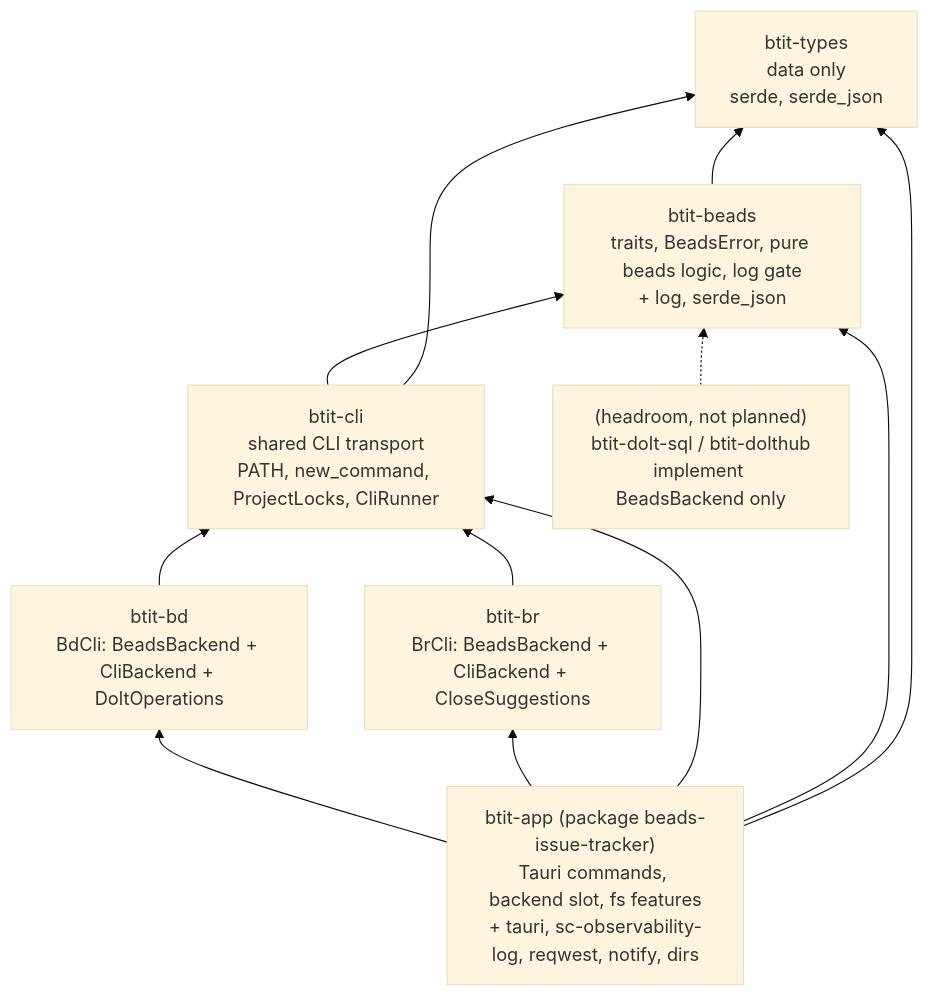
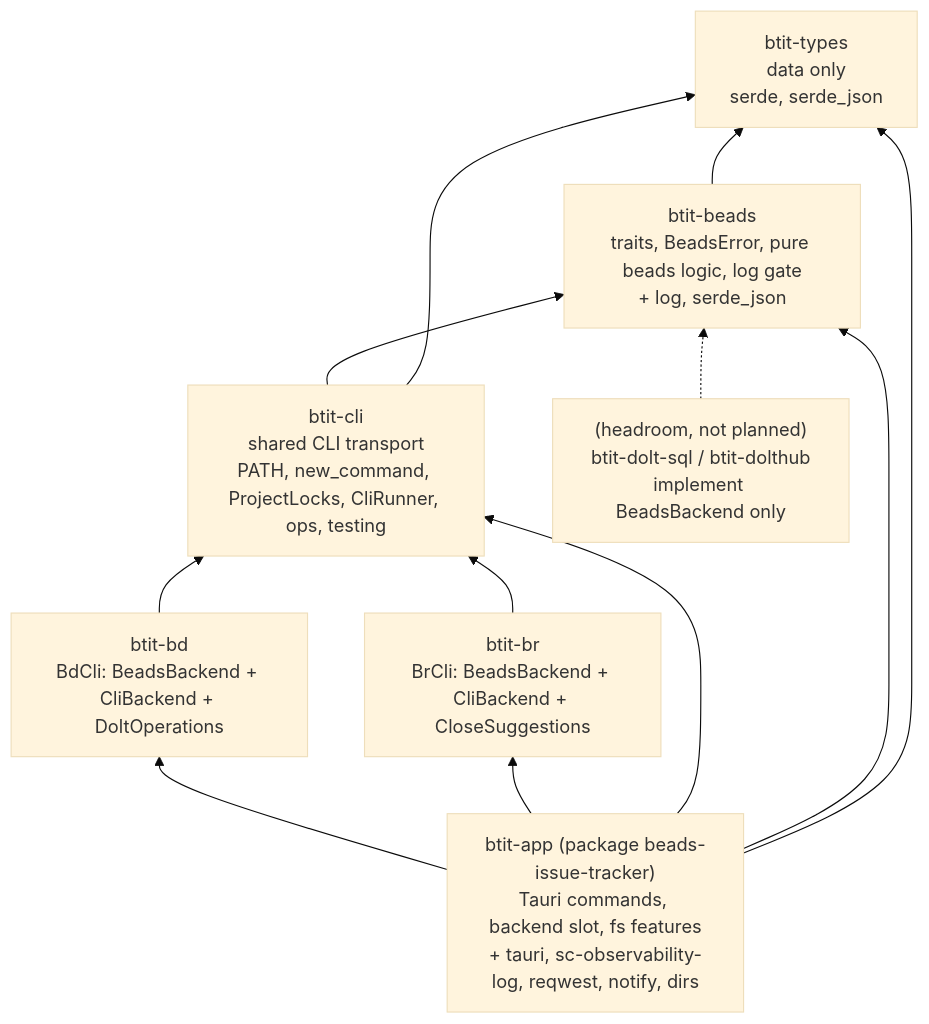
The first of 2 diagrams in docs/plans/phase-b/plan-phase-b.md (randlee/beads-task-issue-tracker), drawn with Mermaid (base theme) before and after one commit. The commit also changed other lines of this file and 12 other files, not shown here.

````diff
--- a/docs/plans/phase-b/plan-phase-b.md
+++ b/docs/plans/phase-b/plan-phase-b.md
@@ -106,20 +106,20 @@
 ```mermaid
 flowchart BT
   types["btit-types<br/>data only<br/>serde, serde_json"]
   beads["btit-beads<br/>traits, BeadsError, pure beads logic, log gate<br/>+ log, serde_json"]
-  cli["btit-cli<br/>shared CLI transport<br/>PATH, new_command, ProjectLocks, CliRunner"]
+  cli["btit-cli<br/>shared CLI transport<br/>PATH, new_command, ProjectLocks, CliRunner, ops, testing"]
   bd["btit-bd<br/>BdCli: BeadsBackend + CliBackend + DoltOperations"]
   br["btit-br<br/>BrCli: BeadsBackend + CliBackend + CloseSuggestions"]
   app["btit-app (package beads-issue-tracker)<br/>Tauri commands, backend slot, fs features<br/>+ tauri, sc-observability-log, reqwest, notify, dirs"]
   beads --> types
   cli --> beads
   cli --> types
   bd --> cli
   br --> cli
   app --> bd
   app --> br
   app --> cli
   app --> beads
   app --> types
   future["(headroom, not planned)<br/>btit-dolt-sql / btit-dolthub<br/>implement BeadsBackend only"] -.-> beads
 ```
````
